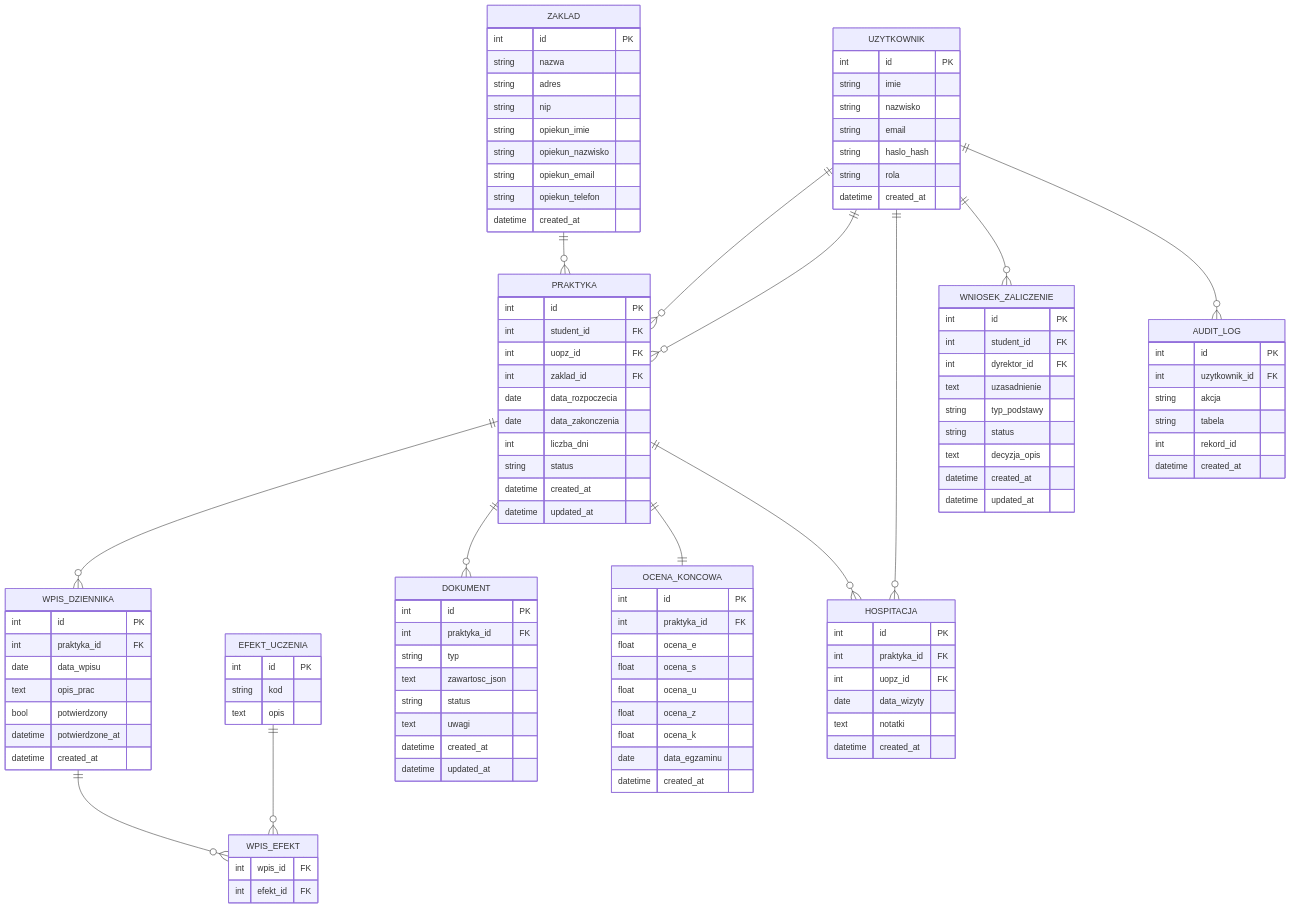
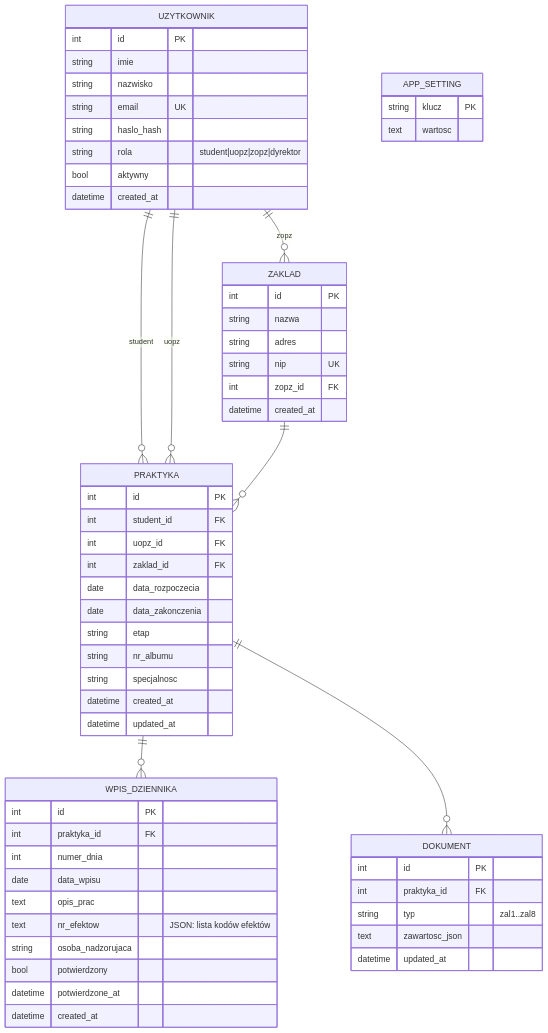
Before and after one commit to Adek2k4/adpz_ans: the diagram in Dokumentacja/Baza danych/erd.md, drawn with Mermaid. The commit also changed other lines of this file and 15 other files, not shown here.

Commit message:
Aktualizacja dokumentacji - baza danych i diagramy

````diff
--- a/Dokumentacja/Baza danych/erd.md
+++ b/Dokumentacja/Baza danych/erd.md
@@ -4,9 +4,10 @@
         int id PK
         string imie
         string nazwisko
-        string email
+        string email UK
         string haslo_hash
-        string rola
+        string rola "student|uopz|zopz|dyrektor"
+        bool aktywny
         datetime created_at
     }
 
@@ -14,11 +15,8 @@
         int id PK
         string nazwa
         string adres
-        string nip
-        string opiekun_imie
-        string opiekun_nazwisko
-        string opiekun_email
-        string opiekun_telefon
+        string nip UK
+        int zopz_id FK
         datetime created_at
     }
 
@@ -29,8 +27,9 @@
         int zaklad_id FK
         date data_rozpoczecia
         date data_zakonczenia
-        int liczba_dni
-        string status
+        string etap
+        string nr_albumu
+        string specjalnosc
         datetime created_at
         datetime updated_at
     }
@@ -38,87 +37,33 @@
     WPIS_DZIENNIKA {
         int id PK
         int praktyka_id FK
+        int numer_dnia
         date data_wpisu
         text opis_prac
+        text nr_efektow "JSON: lista kodów efektów"
+        string osoba_nadzorujaca
         bool potwierdzony
         datetime potwierdzone_at
         datetime created_at
     }
 
-    WPIS_EFEKT {
-        int wpis_id FK
-        int efekt_id FK
-    }
-
-    EFEKT_UCZENIA {
-        int id PK
-        string kod
-        text opis
-    }
-
     DOKUMENT {
         int id PK
         int praktyka_id FK
-        string typ
+        string typ "zal1..zal8"
         text zawartosc_json
-        string status
-        text uwagi
-        datetime created_at
         datetime updated_at
     }
 
-    OCENA_KONCOWA {
-        int id PK
-        int praktyka_id FK
-        float ocena_e
-        float ocena_s
-        float ocena_u
-        float ocena_z
-        float ocena_k
-        date data_egzaminu
-        datetime created_at
+    APP_SETTING {
+        string klucz PK
+        text wartosc
     }
 
-    HOSPITACJA {
-        int id PK
-        int praktyka_id FK
-        int uopz_id FK
-        date data_wizyty
-        text notatki
-        datetime created_at
-    }
-
-    WNIOSEK_ZALICZENIE {
-        int id PK
-        int student_id FK
-        int dyrektor_id FK
-        text uzasadnienie
-        string typ_podstawy
-        string status
-        text decyzja_opis
-        datetime created_at
-        datetime updated_at
-    }
-
-    AUDIT_LOG {
-        int id PK
-        int uzytkownik_id FK
-        string akcja
-        string tabela
-        int rekord_id
-        datetime created_at
-    }
-
-    UZYTKOWNIK ||--o{ PRAKTYKA : ""
-    UZYTKOWNIK ||--o{ PRAKTYKA : ""
-    ZAKLAD ||--o{ PRAKTYKA : ""
-    PRAKTYKA ||--o{ WPIS_DZIENNIKA : ""
-    WPIS_DZIENNIKA ||--o{ WPIS_EFEKT : ""
-    EFEKT_UCZENIA ||--o{ WPIS_EFEKT : ""
-    PRAKTYKA ||--o{ DOKUMENT : ""
-    PRAKTYKA ||--|| OCENA_KONCOWA : ""
-    PRAKTYKA ||--o{ HOSPITACJA : ""
-    UZYTKOWNIK ||--o{ HOSPITACJA : ""
-    UZYTKOWNIK ||--o{ WNIOSEK_ZALICZENIE : ""
-    UZYTKOWNIK ||--o{ AUDIT_LOG : ""
+    UZYTKOWNIK ||--o{ PRAKTYKA : "student"
+    UZYTKOWNIK ||--o{ PRAKTYKA : "uopz"
+    UZYTKOWNIK ||--o{ ZAKLAD : "zopz"
+    ZAKLAD     ||--o{ PRAKTYKA : ""
+    PRAKTYKA   ||--o{ WPIS_DZIENNIKA : ""
+    PRAKTYKA   ||--o{ DOKUMENT : ""
 ```
````
